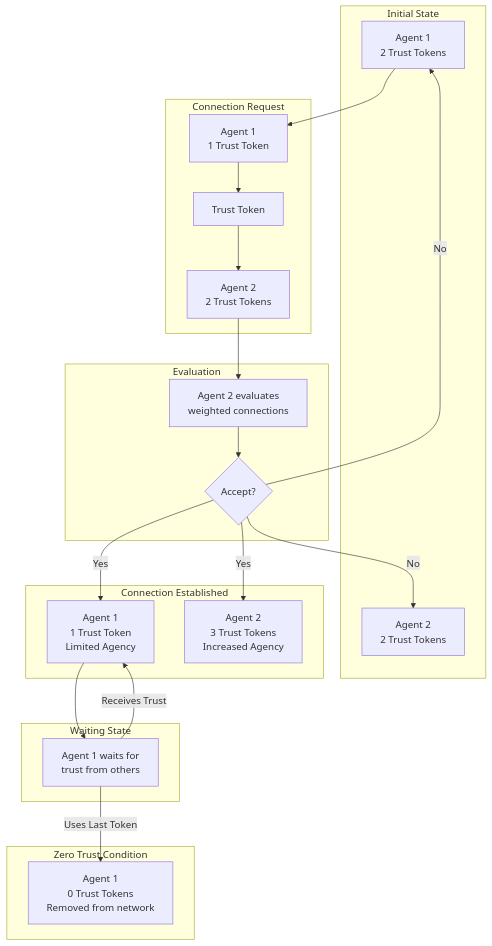
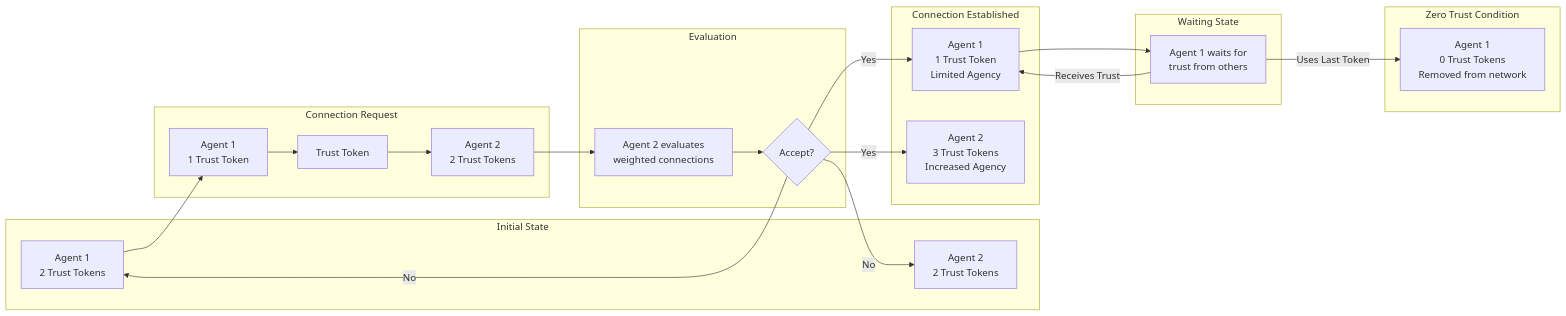
One commit to EveryOneIsGross/scratchTHOUGHTS changed the first of 23 diagrams in README.md. Above: the diagram before and after it, drawn with Mermaid.

````diff
--- a/README.md
+++ b/README.md
@@ -29,44 +29,44 @@
 ```mermaid
-flowchart TB
+flowchart LR
     subgraph "Initial State"
         A1_Init["Agent 1\n2 Trust Tokens"]
         A2_Init["Agent 2\n2 Trust Tokens"]
     end
 
     subgraph "Connection Request"
         A1_Connect["Agent 1\n1 Trust Token"]
         Trust_Token["Trust Token"]
         A2_Receive["Agent 2\n2 Trust Tokens"]
     end
 
     subgraph "Evaluation"
         A2_Evaluate["Agent 2 evaluates\nweighted connections"]
         Decision{"Accept?"}
     end
 
     subgraph "Connection Established"
         A1_Connected["Agent 1\n1 Trust Token\nLimited Agency"]
         A2_Connected["Agent 2\n3 Trust Tokens\nIncreased Agency"]
     end
 
     subgraph "Waiting State"
         A1_Wait["Agent 1 waits for\ntrust from others"]
     end
 
     subgraph "Zero Trust Condition"
         A1_Zero["Agent 1\n0 Trust Tokens\nRemoved from network"]
     end
 
     A1_Init --> A1_Connect
     A1_Connect --> Trust_Token
     Trust_Token --> A2_Receive
     A2_Receive --> A2_Evaluate
     A2_Evaluate --> Decision
     Decision -->|Yes| A1_Connected
     Decision -->|Yes| A2_Connected
     A1_Connected --> A1_Wait
     A1_Wait -->|Receives Trust| A1_Connected
     A1_Wait -->|Uses Last Token| A1_Zero
     Decision -->|No| A1_Init
     Decision -->|No| A2_Init
 ```
````
